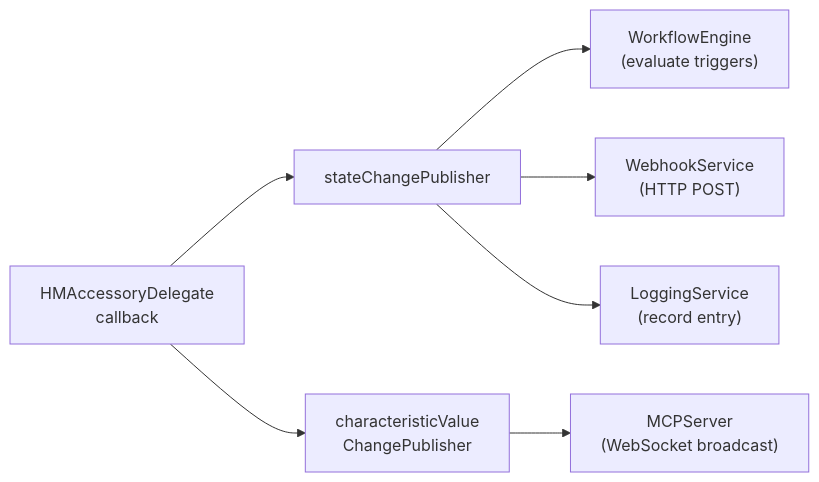
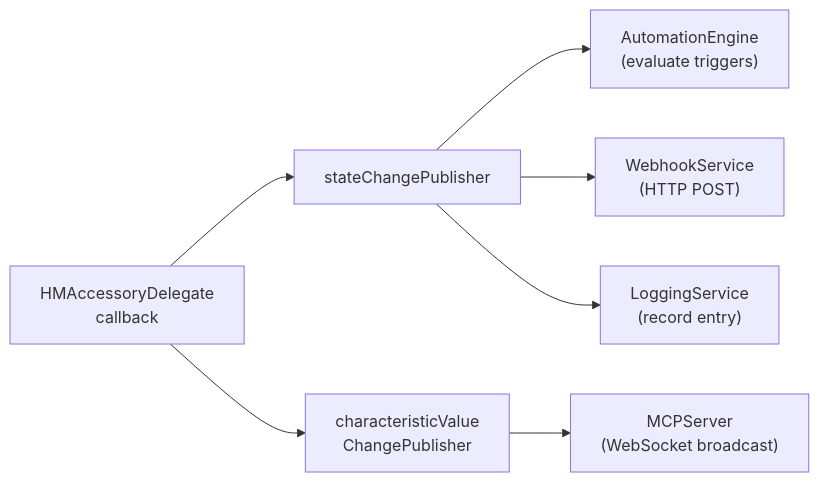
The fourth of 9 diagrams in DESIGN.md (novoapro/compai-home), drawn with Mermaid before and after one commit. The commit also changed other lines of this file and 459 other files, not shown here.

````diff
--- a/DESIGN.md
+++ b/DESIGN.md
@@ -127,10 +127,10 @@
 ```mermaid
 graph LR
     HK["HMAccessoryDelegate<br/>callback"] --> SCP["stateChangePublisher"]
     HK --> CVCP["characteristicValue<br/>ChangePublisher"]
 
-    SCP --> WE["WorkflowEngine<br/>(evaluate triggers)"]
+    SCP --> WE["AutomationEngine<br/>(evaluate triggers)"]
     SCP --> WH["WebhookService<br/>(HTTP POST)"]
     SCP --> LS["LoggingService<br/>(record entry)"]
     CVCP --> WS["MCPServer<br/>(WebSocket broadcast)"]
 ```
````
